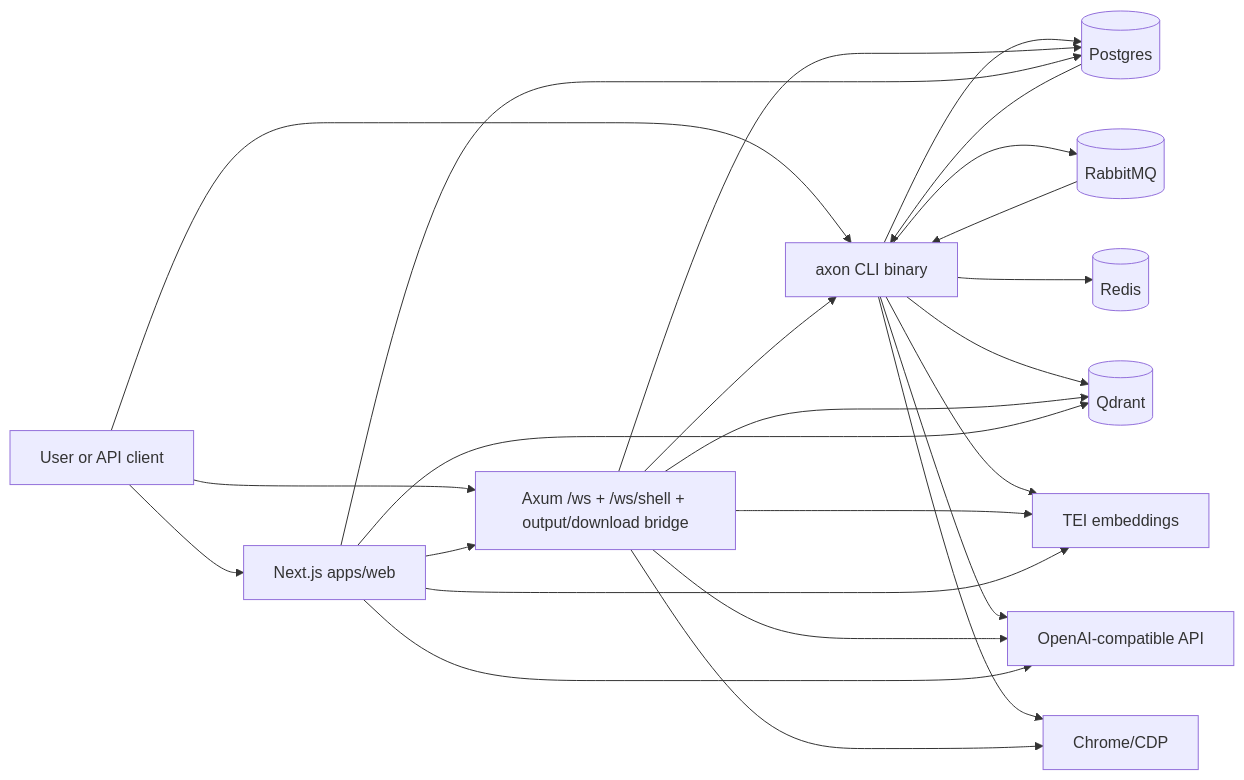
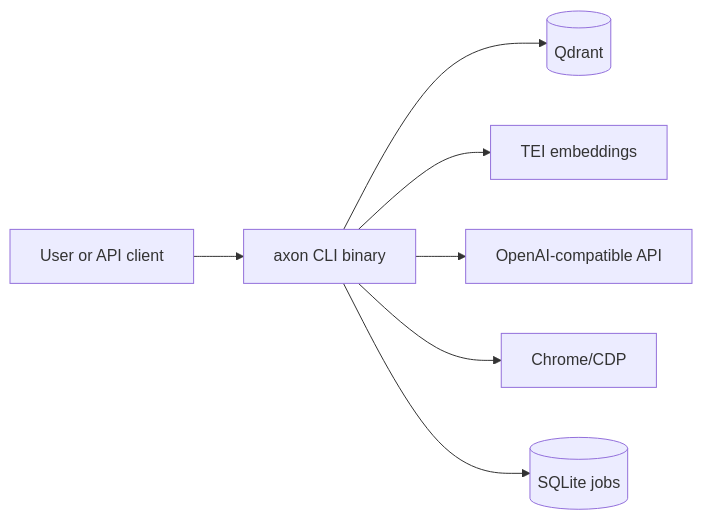
The first of 8 diagrams in docs/ARCHITECTURE.md (jmagar/axon), drawn with Mermaid before and after one commit. The commit also changed other lines of this file and 890 other files, not shown here.

First line of the commit message:
feat!: simplify axon — remove full-stack/web, keep CLI+MCP+lite-mode

````diff
--- a/docs/ARCHITECTURE.md
+++ b/docs/ARCHITECTURE.md
@@ -40,43 +40,19 @@
 ```mermaid
 flowchart LR
   U[User or API client]
   CLI[axon CLI binary]
-  WEB[Axum /ws + /ws/shell + output/download bridge]
-  NX[Next.js apps/web]
 
-  PG[(Postgres)]
-  RQ[(RabbitMQ)]
-  RD[(Redis)]
   QD[(Qdrant)]
   TEI[TEI embeddings]
   LLM[OpenAI-compatible API]
   CHR[Chrome/CDP]
+  SQ[(SQLite jobs)]
 
   U --> CLI
-  U --> NX
-  U --> WEB
 
-  CLI --> PG
-  CLI --> RQ
-  CLI --> RD
   CLI --> QD
   CLI --> TEI
   CLI --> LLM
   CLI --> CHR
-
-  WEB --> CLI
-  WEB --> PG
-  WEB --> QD
-  WEB --> TEI
-  WEB --> LLM
-  WEB --> CHR
-
-  NX --> WEB
-  NX --> PG
-  NX --> QD
-  NX --> TEI
-  NX --> LLM
-
-  RQ --> CLI
-  PG --> CLI
+  CLI --> SQ
 ```
````
